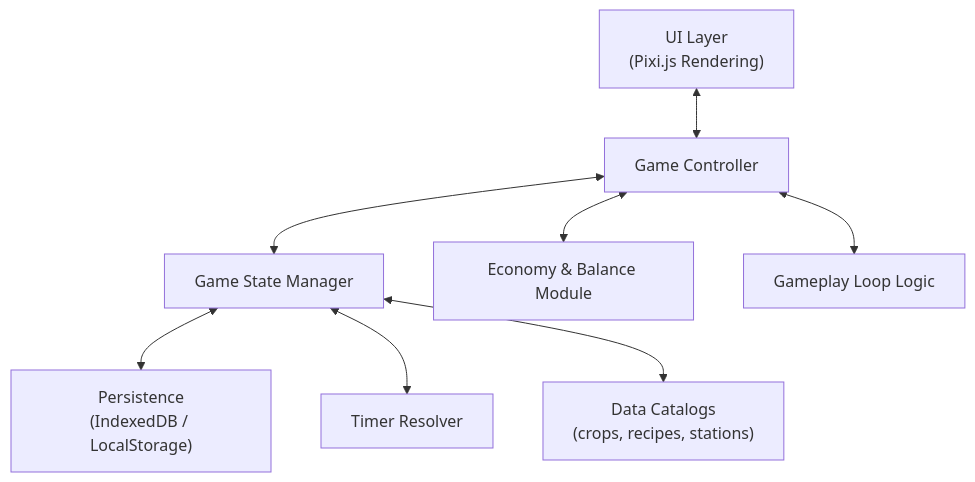
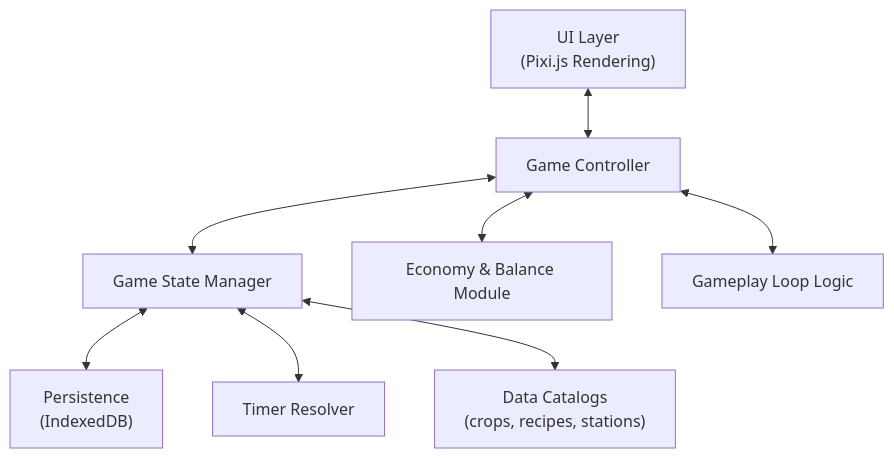
One commit to jermbo/AstroHarvest changed the diagram in docs/TDD-GameArchitecture.md. Above: the diagram before and after it, drawn with Mermaid. The commit also changed other lines of this file and 11 other files, not shown here.

````diff
--- a/docs/TDD-GameArchitecture.md
+++ b/docs/TDD-GameArchitecture.md
@@ -5,10 +5,10 @@
 ```mermaid
 flowchart TB
   UI["UI Layer<br/>(Pixi.js Rendering)"] <--> CONTROLLER["Game Controller"]
   CONTROLLER <--> STATE["Game State Manager"]
-  STATE <--> STORAGE["Persistence<br/>(IndexedDB / LocalStorage)"]
+  STATE <--> STORAGE["Persistence<br/>(IndexedDB)"]
   STATE <--> TIMERS["Timer Resolver"]
   STATE <--> CATALOG["Data Catalogs<br/>(crops, recipes, stations)"]
   CONTROLLER <--> ECONOMY["Economy & Balance Module"]
   CONTROLLER <--> LOOP["Gameplay Loop Logic"]
 ```
````
